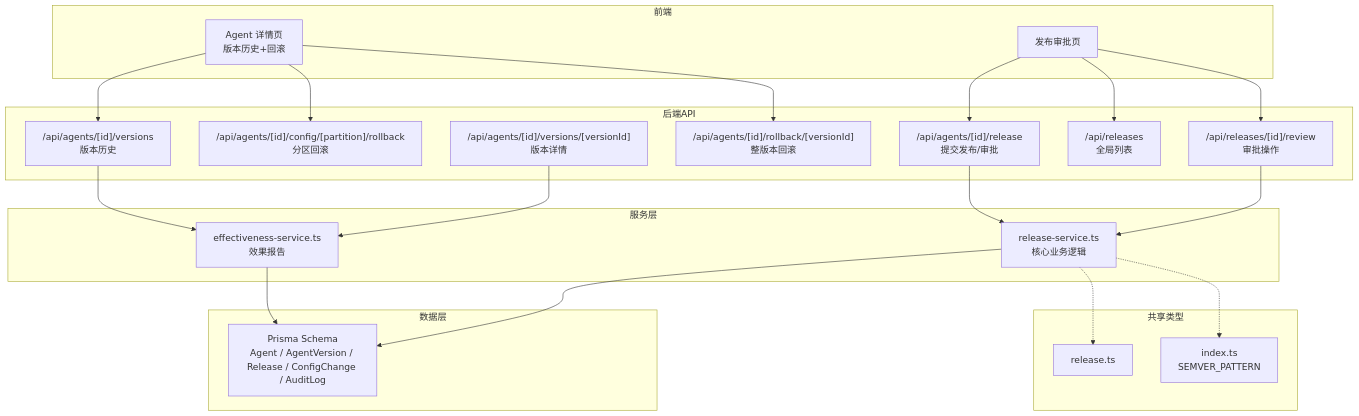
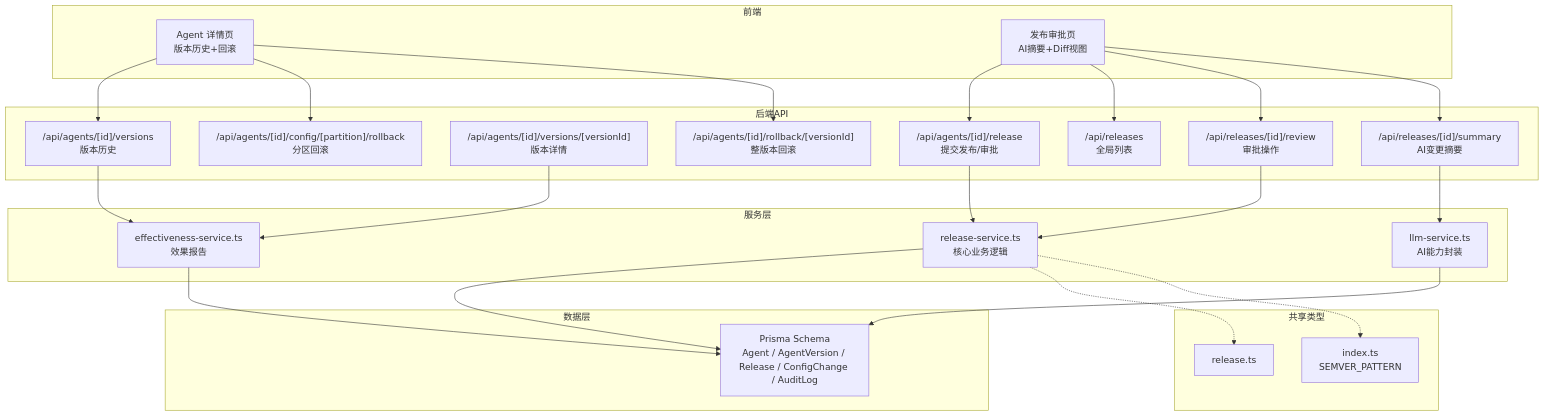
Before and after one commit to ai-guru-global/agent-up: the first of 9 diagrams in .qoder/repowiki/zh/content/功能模块/版本控制.md, drawn with Mermaid. The commit also changed other lines of this file and 32 other files, not shown here.

````diff
--- a/.qoder/repowiki/zh/content/功能模块/版本控制.md
+++ b/.qoder/repowiki/zh/content/功能模块/版本控制.md
@@ -62,41 +66,46 @@
 ```mermaid
 graph TB
 subgraph "前端"
 UI_Agent["Agent 详情页<br/>版本历史+回滚"]
-UI_Release["发布审批页"]
+UI_Release["发布审批页<br/>AI摘要+Diff视图"]
 end
 subgraph "后端API"
 API_Release["/api/agents/[id]/release<br/>提交发布/审批"]
 API_Versions["/api/agents/[id]/versions<br/>版本历史"]
 API_VersionDetail["/api/agents/[id]/versions/[versionId]<br/>版本详情"]
 API_PartitionRollback["/api/agents/[id]/config/[partition]/rollback<br/>分区回滚"]
 API_WholeRollback["/api/agents/[id]/rollback/[versionId]<br/>整版本回滚"]
 API_Releases["/api/releases<br/>全局列表"]
 API_Review["/api/releases/[id]/review<br/>审批操作"]
+API_Summary["/api/releases/[id]/summary<br/>AI变更摘要"]
 end
 subgraph "服务层"
 Service_Release["release-service.ts<br/>核心业务逻辑"]
 Service_Effectiveness["effectiveness-service.ts<br/>效果报告"]
+Service_LLM["llm-service.ts<br/>AI能力封装"]
 end
 subgraph "数据层"
 DB_Schema["Prisma Schema<br/>Agent / AgentVersion / Release / ConfigChange / AuditLog"]
 end
 subgraph "共享类型"
 Types_Release["release.ts"]
 Types_Index["index.ts<br/>SEMVER_PATTERN"]
 end
 UI_Agent --> API_Versions
 UI_Agent --> API_PartitionRollback
 UI_Agent --> API_WholeRollback
 UI_Release --> API_Release
 UI_Release --> API_Releases
 UI_Release --> API_Review
+UI_Release --> API_Summary
 API_Release --> Service_Release
 API_Review --> Service_Release
 API_Versions --> Service_Effectiveness
 API_VersionDetail --> Service_Effectiveness
+API_Summary --> Service_LLM
 Service_Release --> DB_Schema
 Service_Effectiveness --> DB_Schema
+Service_LLM --> DB_Schema
 Service_Release -.-> Types_Release
 Service_Release -.-> Types_Index
 ```
````
